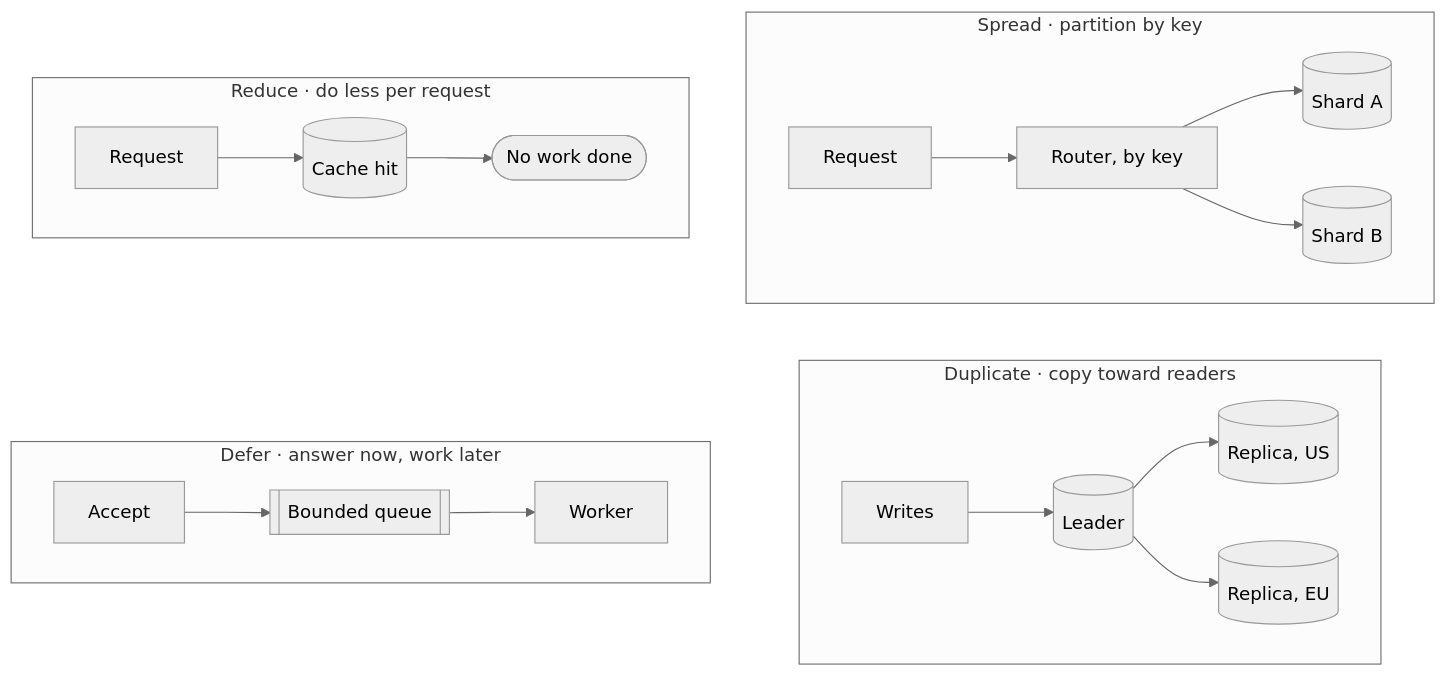
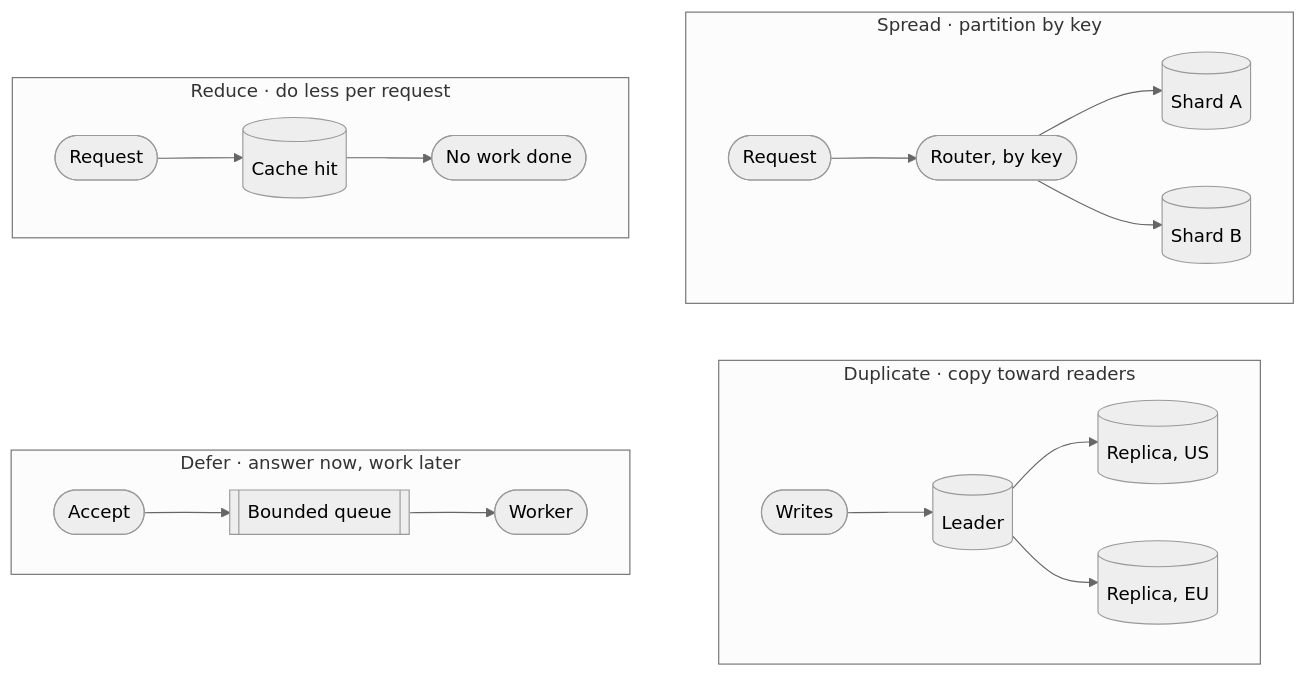
Before and after one commit to Laticent/lattice: diagram 11 of 19 in examples/system-design-foundations.md, drawn with Mermaid (neutral theme). The commit also changed other lines of this file and 1 other file, not shown here.

First line of the commit message:
deck(examples): act on the re-score, and finish the diagram conversion

````diff
--- a/examples/system-design-foundations.md
+++ b/examples/system-design-foundations.md
@@ -1593,23 +1593,23 @@
 ```mermaid
 flowchart TB
   subgraph b["Spread · partition by key"]
     direction LR
-    B1["Request"] --> B2["Router, by key"] --> B3[("Shard A")]
+    B1(["Request"]) --> B2(["Router, by key"]) --> B3[("Shard A")]
     B2 --> B4[("Shard B")]
   end
   subgraph a["Reduce · do less per request"]
     direction LR
-    A1["Request"] --> A2[("Cache hit")] --> A3(["No work done"])
+    A1(["Request"]) --> A2[("Cache hit")] --> A3(["No work done"])
   end
   subgraph d["Duplicate · copy toward readers"]
     direction LR
-    D1["Writes"] --> D2[("Leader")] --> D3[("Replica, US")]
+    D1(["Writes"]) --> D2[("Leader")] --> D3[("Replica, US")]
     D2 --> D4[("Replica, EU")]
   end
   subgraph c["Defer · answer now, work later"]
     direction LR
-    C1["Accept"] --> C2[["Bounded queue"]] --> C3["Worker"]
+    C1(["Accept"]) --> C2[["Bounded queue"]] --> C3(["Worker"])
   end
   a ~~~ c
   b ~~~ d
 ```
````
